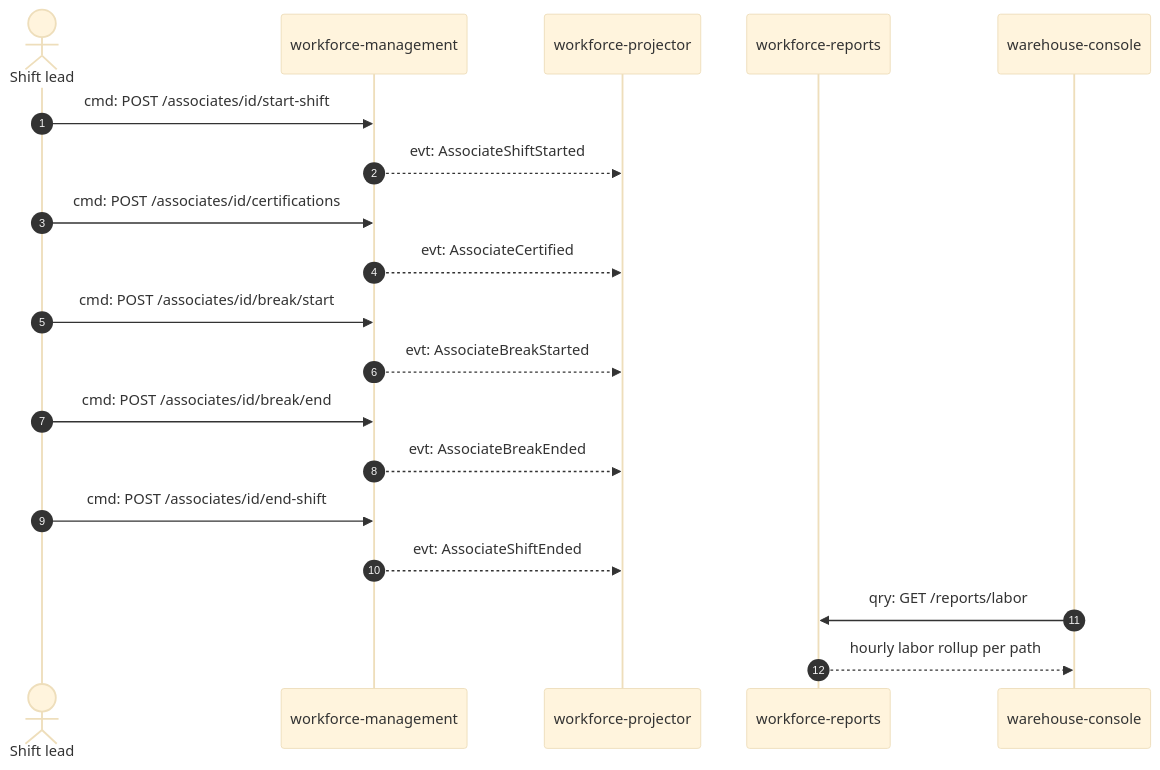
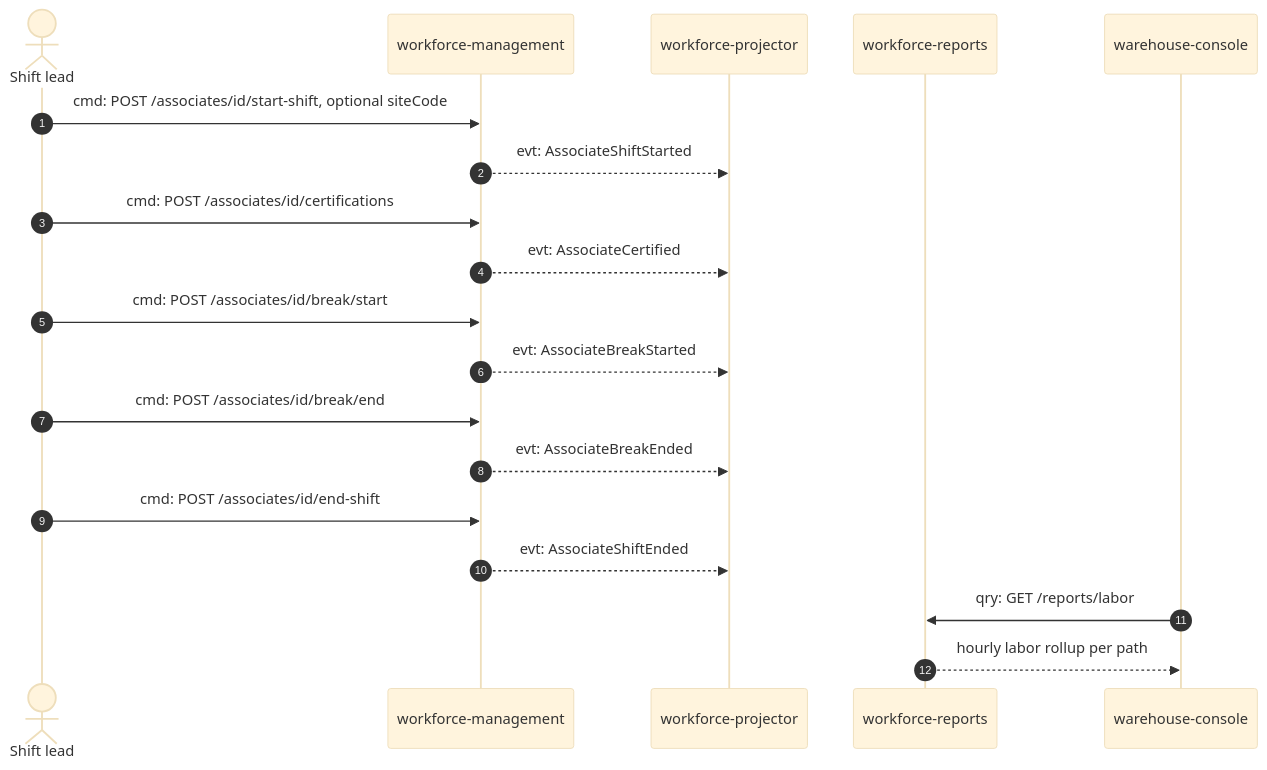
Before and after one commit to IQVO/warehouse-docs: the third of 4 diagrams in docs/contexts/workforce-management/domain-message-flow.md, drawn with Mermaid (base theme). The commit also changed other lines of this file and 318 other files, not shown here.

````diff
--- a/docs/contexts/workforce-management/domain-message-flow.md
+++ b/docs/contexts/workforce-management/domain-message-flow.md
@@ -93,21 +93,21 @@
 ```mermaid
 sequenceDiagram
     autonumber
     actor Lead as Shift lead
     participant WFM as workforce-management
     participant AN as workforce-projector
     participant RP as workforce-reports
     participant Con as warehouse-console
-    Lead->>WFM: cmd: POST /associates/id/start-shift
+    Lead->>WFM: cmd: POST /associates/id/start-shift, optional siteCode
     WFM-->>AN: evt: AssociateShiftStarted
     Lead->>WFM: cmd: POST /associates/id/certifications
     WFM-->>AN: evt: AssociateCertified
     Lead->>WFM: cmd: POST /associates/id/break/start
     WFM-->>AN: evt: AssociateBreakStarted
     Lead->>WFM: cmd: POST /associates/id/break/end
     WFM-->>AN: evt: AssociateBreakEnded
     Lead->>WFM: cmd: POST /associates/id/end-shift
     WFM-->>AN: evt: AssociateShiftEnded
     Con->>RP: qry: GET /reports/labor
     RP-->>Con: hourly labor rollup per path
 ```
````
